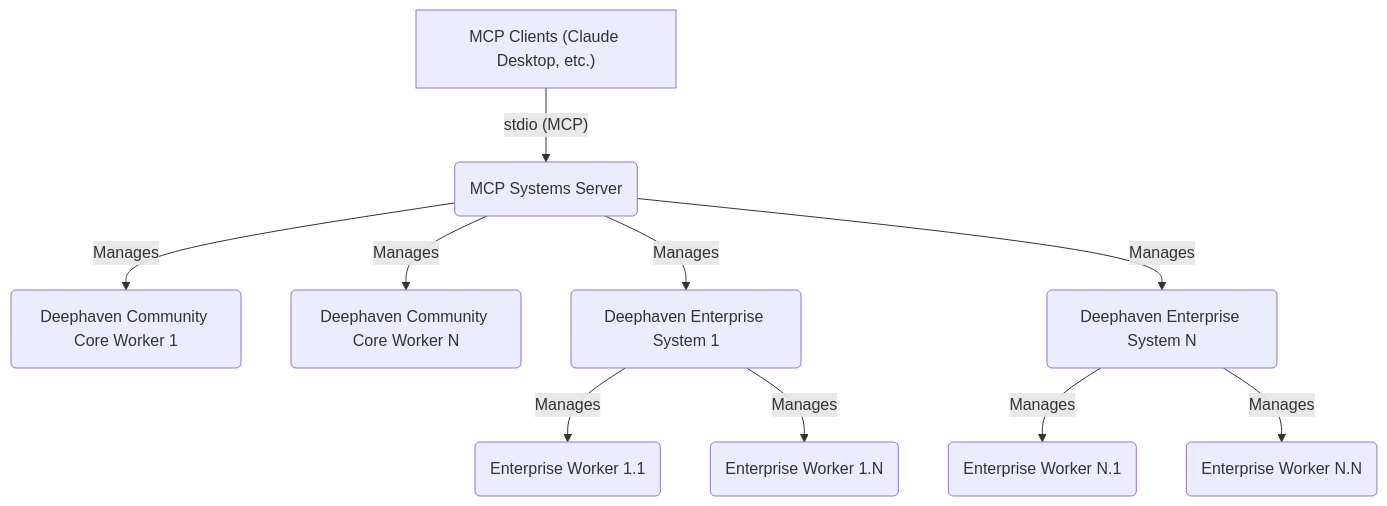
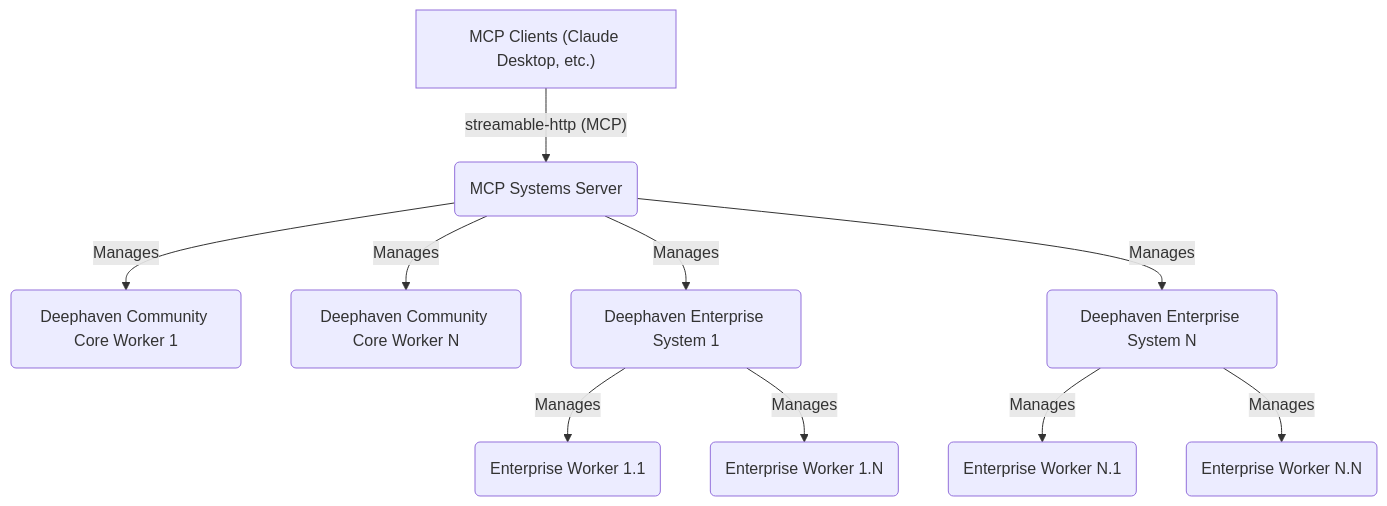
Before and after one commit to deephaven/deephaven-mcp: the first of 3 diagrams in docs/DEVELOPER_GUIDE.md, drawn with Mermaid. The commit also changed other lines of this file and 64 other files, not shown here.

First line of the commit message:
docs: Update Copilot instructions for three-server architecture and streamable-http transport

````diff
--- a/docs/DEVELOPER_GUIDE.md
+++ b/docs/DEVELOPER_GUIDE.md
@@ -200,12 +198,12 @@
 ```mermaid
 graph TD
-    A["MCP Clients (Claude Desktop, etc.)"] --"stdio (MCP)"--> B("MCP Systems Server")
+    A["MCP Clients (Claude Desktop, etc.)"] --"streamable-http (MCP)"--> B("MCP Systems Server")
     B --"Manages"--> C("Deephaven Community Core Worker 1")
     B --"Manages"--> D("Deephaven Community Core Worker N")
     B --"Manages"--> E("Deephaven Enterprise System 1")
     B --"Manages"--> F("Deephaven Enterprise System N")
     E --"Manages"--> G("Enterprise Worker 1.1")
     E --"Manages"--> H("Enterprise Worker 1.N")
     F --"Manages"--> I("Enterprise Worker N.1")
     F --"Manages"--> J("Enterprise Worker N.N")
 ```
````
